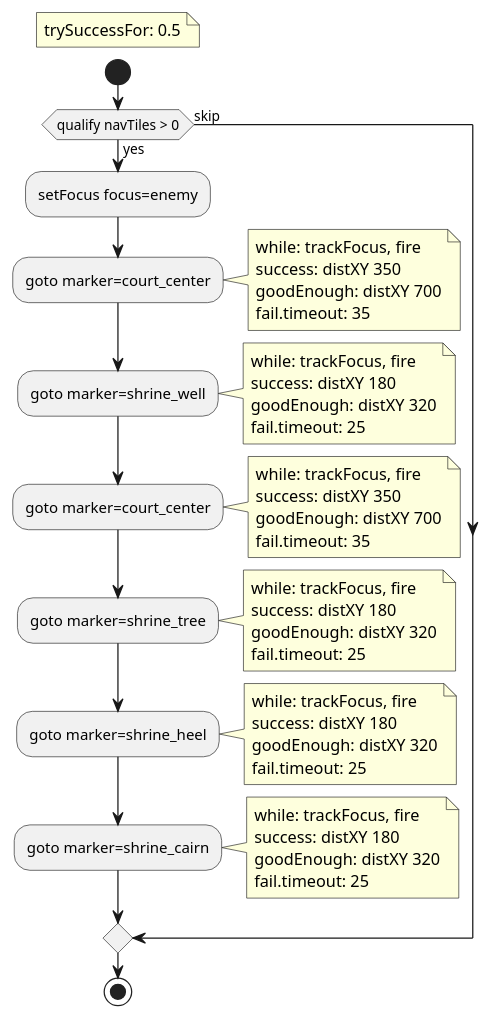
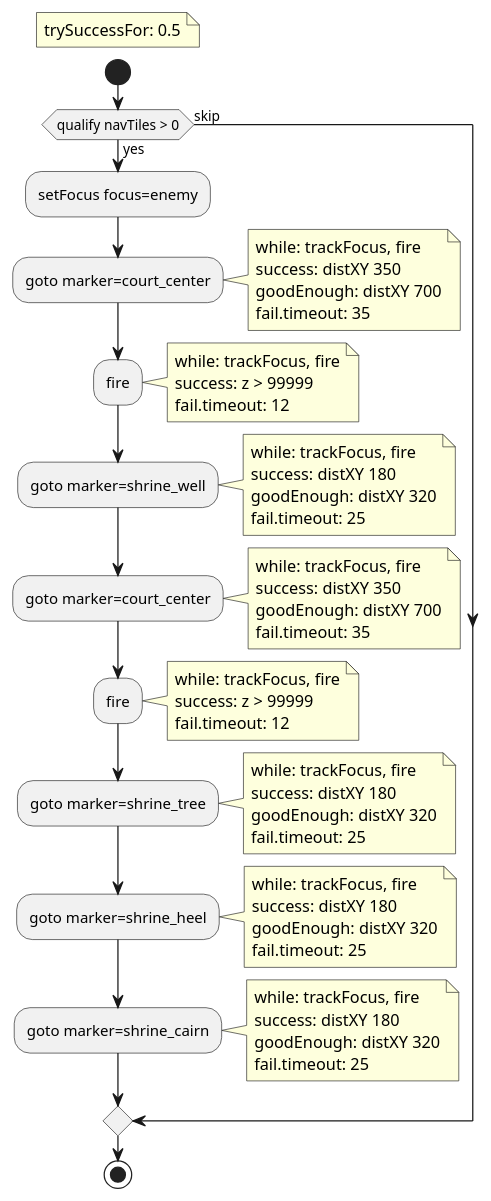
The diagram in Config/BotBooks/shrine_clash_fight.puml (JacksIndulgentMind/Calling), drawn with PlantUML before and after one commit. The commit also changed 27 other files, not shown here.

First line of the commit message:
Fail the PvP match on the first BotBook followAlert and keep fire latched on goto.

```diff
--- a/Config/BotBooks/shrine_clash_fight.puml
+++ b/Config/BotBooks/shrine_clash_fight.puml
@@ -1,53 +1,65 @@
 @startuml shrine_clash_fight
 floating note
 trySuccessFor: 0.5
 end note
 start
 if (qualify navTiles > 0) then (yes)
   :setFocus focus=enemy;
-  :goto marker=court_center;
-  note right
-    while: trackFocus, fire
-    success: distXY 350
-    goodEnough: distXY 700
-    fail.timeout: 35
-  end note
-  :goto marker=shrine_well;
+	:goto marker=court_center;
+	note right
+		while: trackFocus, fire
+		success: distXY 350
+		goodEnough: distXY 700
+		fail.timeout: 35
+	end note
+	:fire;
+	note right
+		while: trackFocus, fire
+		success: z > 99999
+		fail.timeout: 12
+	end note
+	:goto marker=shrine_well;
   note right
     while: trackFocus, fire
     success: distXY 180
     goodEnough: distXY 320
     fail.timeout: 25
   end note
   :goto marker=court_center;
   note right
     while: trackFocus, fire
     success: distXY 350
     goodEnough: distXY 700
     fail.timeout: 35
+  end note
+  :fire;
+  note right
+    while: trackFocus, fire
+    success: z > 99999
+    fail.timeout: 12
   end note
   :goto marker=shrine_tree;
   note right
     while: trackFocus, fire
     success: distXY 180
     goodEnough: distXY 320
     fail.timeout: 25
   end note
   :goto marker=shrine_heel;
   note right
     while: trackFocus, fire
     success: distXY 180
     goodEnough: distXY 320
     fail.timeout: 25
   end note
   :goto marker=shrine_cairn;
   note right
     while: trackFocus, fire
     success: distXY 180
     goodEnough: distXY 320
     fail.timeout: 25
   end note
 else (skip)
 endif
 stop
 @enduml
```
